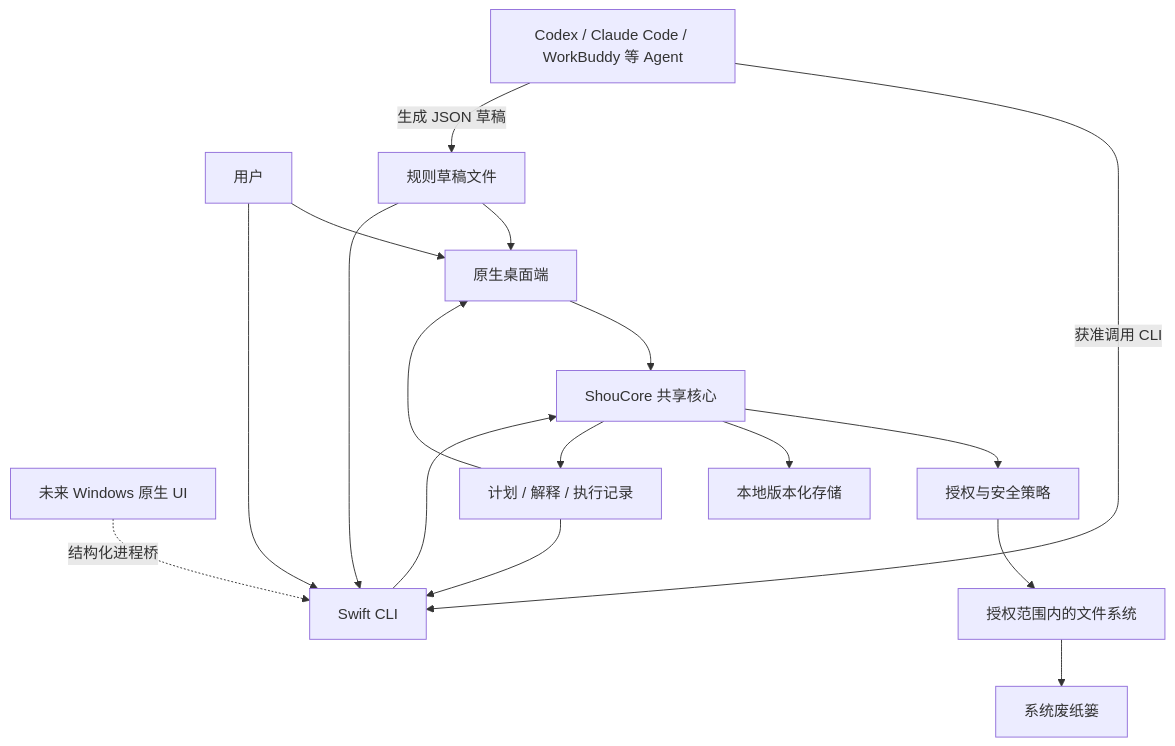
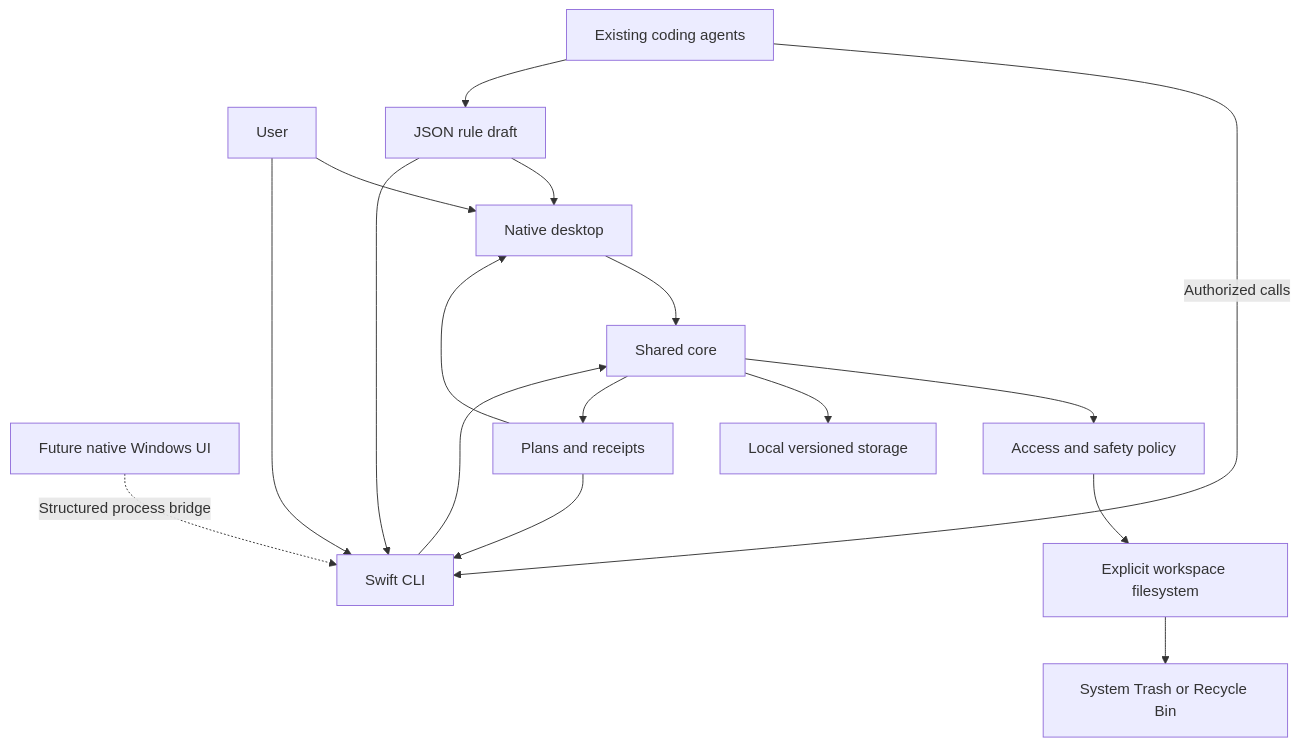
The first of 2 diagrams in docs/architecture/system-design.md (limecloud/shou), drawn with Mermaid before and after one commit. The commit also changed other lines of this file and 46 other files, not shown here.

````diff
--- a/docs/architecture/system-design.md
+++ b/docs/architecture/system-design.md
@@ -16,19 +15,19 @@
 ```mermaid
 flowchart TB
-    User[用户] --> GUI[原生桌面端]
+    User[User] --> GUI[Native desktop]
     User --> CLI[Swift CLI]
-    Agents[Codex / Claude Code / WorkBuddy 等 Agent] -->|获准调用 CLI| CLI
-    Agents -->|生成 JSON 草稿| Drafts[规则草稿文件]
-    Drafts --> GUI
-    Drafts --> CLI
-    GUI --> Core[ShouCore 共享核心]
+    Agents[Existing coding agents] -->|Authorized calls| CLI
+    Agents --> Draft[JSON rule draft]
+    Draft --> GUI
+    Draft --> CLI
+    GUI --> Core[Shared core]
     CLI --> Core
-    Windows[未来 Windows 原生 UI] -.结构化进程桥.-> CLI
-    Core --> Policy[授权与安全策略]
-    Core --> Store[本地版本化存储]
-    Policy --> FS[授权范围内的文件系统]
-    FS --> Trash[系统废纸篓]
-    Core --> Results[计划 / 解释 / 执行记录]
+    Windows[Future native Windows UI] -.Structured process bridge.-> CLI
+    Core --> Policy[Access and safety policy]
+    Core --> Store[Local versioned storage]
+    Policy --> FS[Explicit workspace filesystem]
+    FS --> Trash[System Trash or Recycle Bin]
+    Core --> Results[Plans and receipts]
     Results --> GUI
     Results --> CLI
 ```
````
